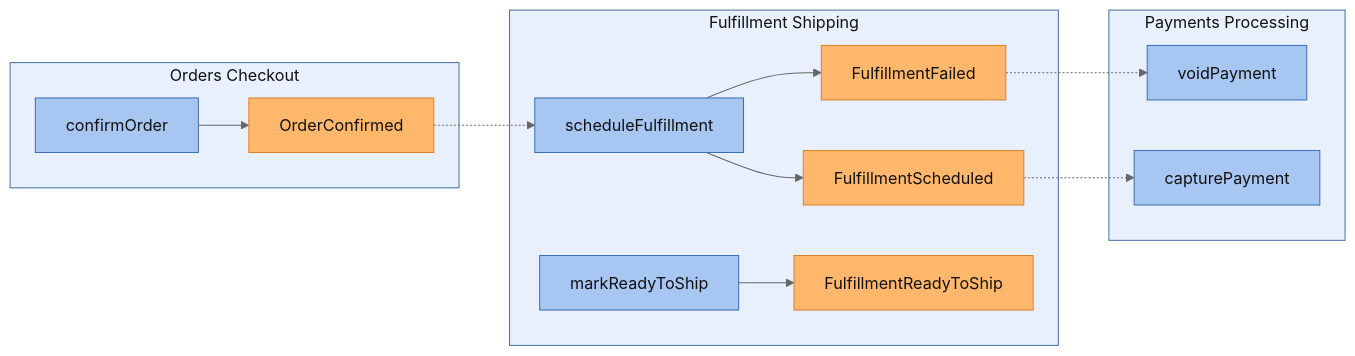
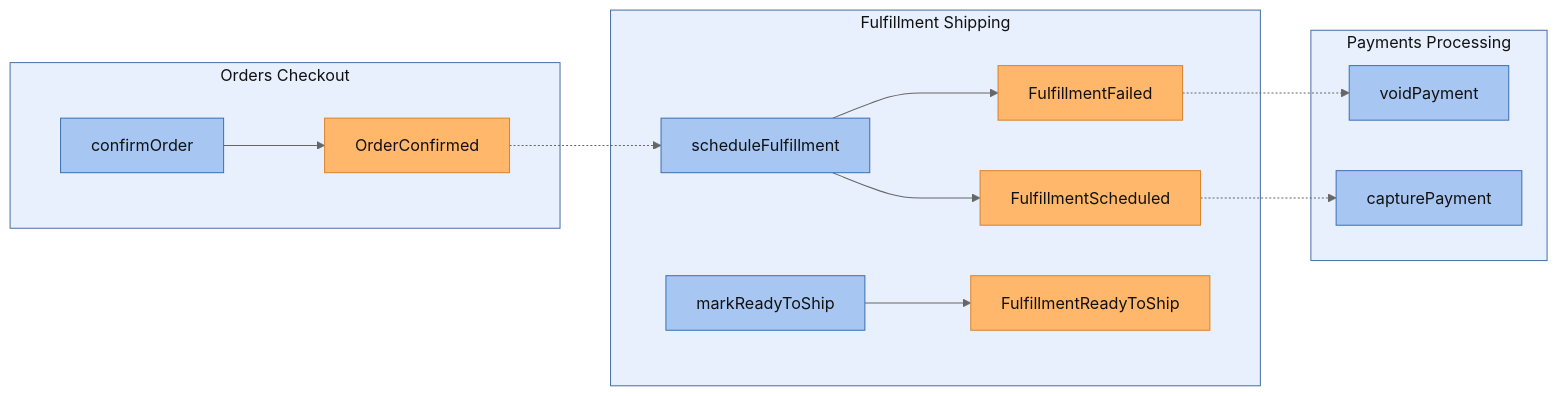
One commit to ZenWave360/dsl-kotlin changed the first of 4 diagrams in dsl-docs/src/commonTest/resources/snapshots/arcadia-modulith/modules/fulfillment-shipping.md. Above: the diagram before and after it, drawn with Mermaid (neutral theme). The commit also changed other lines of this file and 21 other files, not shown here.

Commit message:
feat(views): event class diagrams, light class diagram styling, command adapters

````diff
--- a/dsl-docs/src/commonTest/resources/snapshots/arcadia-modulith/modules/fulfillment-shipping.md
+++ b/dsl-docs/src/commonTest/resources/snapshots/arcadia-modulith/modules/fulfillment-shipping.md
@@ -16,36 +16,48 @@
 ```mermaid
 flowchart LR
   classDef module fill:#e8f0fe,stroke:#4a6fa5,color:#111
   classDef command fill:#a7c7f2,stroke:#3b6fb6,color:#111
   classDef event fill:#ffb76b,stroke:#d9822b,color:#111
 
   subgraph sg_FulfillmentShipping["Fulfillment Shipping"]
-    FulfillmentShipping__FulfillmentShippingService__scheduleFulfillment["scheduleFulfillment"]
-    FulfillmentShipping__FulfillmentShippingService__markReadyToShip["markReadyToShip"]
-    FulfillmentShipping__FulfillmentFailed["FulfillmentFailed"]
-    FulfillmentShipping__FulfillmentReadyToShip["FulfillmentReadyToShip"]
-    FulfillmentShipping__FulfillmentScheduled["FulfillmentScheduled"]
+    subgraph sg_FulfillmentShipping_cmd[" "]
+      FulfillmentShipping__FulfillmentShippingService__scheduleFulfillment["scheduleFulfillment"]
+      FulfillmentShipping__FulfillmentShippingService__markReadyToShip["markReadyToShip"]
+    end
+    subgraph sg_FulfillmentShipping_evt[" "]
+      FulfillmentShipping__FulfillmentFailed["FulfillmentFailed"]
+      FulfillmentShipping__FulfillmentReadyToShip["FulfillmentReadyToShip"]
+      FulfillmentShipping__FulfillmentScheduled["FulfillmentScheduled"]
+    end
   end
 
   subgraph sg_OrdersCheckout["Orders Checkout"]
-    OrdersCheckout__OrdersCheckoutService__confirmOrder["confirmOrder"]
-    OrdersCheckout__OrderConfirmed["OrderConfirmed"]
+    subgraph sg_OrdersCheckout_cmd[" "]
+      OrdersCheckout__OrdersCheckoutService__confirmOrder["confirmOrder"]
+    end
+    subgraph sg_OrdersCheckout_evt[" "]
+      OrdersCheckout__OrderConfirmed["OrderConfirmed"]
+    end
   end
 
   subgraph sg_PaymentsProcessing["Payments Processing"]
     PaymentsProcessing__PaymentsProcessingService__capturePayment["capturePayment"]
     PaymentsProcessing__PaymentsProcessingService__voidPayment["voidPayment"]
   end
 
   class sg_FulfillmentShipping,sg_OrdersCheckout,sg_PaymentsProcessing module
   class FulfillmentShipping__FulfillmentShippingService__markReadyToShip,FulfillmentShipping__FulfillmentShippingService__scheduleFulfillment,OrdersCheckout__OrdersCheckoutService__confirmOrder,PaymentsProcessing__PaymentsProcessingService__capturePayment,PaymentsProcessing__PaymentsProcessingService__voidPayment command
   class FulfillmentShipping__FulfillmentFailed,FulfillmentShipping__FulfillmentReadyToShip,FulfillmentShipping__FulfillmentScheduled,OrdersCheckout__OrderConfirmed event
+  style sg_FulfillmentShipping_cmd fill:none,stroke:none
+  style sg_FulfillmentShipping_evt fill:none,stroke:none
+  style sg_OrdersCheckout_cmd fill:none,stroke:none
+  style sg_OrdersCheckout_evt fill:none,stroke:none
 
   FulfillmentShipping__FulfillmentShippingService__markReadyToShip --> FulfillmentShipping__FulfillmentReadyToShip
   FulfillmentShipping__FulfillmentShippingService__scheduleFulfillment --> FulfillmentShipping__FulfillmentFailed
   FulfillmentShipping__FulfillmentShippingService__scheduleFulfillment --> FulfillmentShipping__FulfillmentScheduled
   OrdersCheckout__OrdersCheckoutService__confirmOrder --> OrdersCheckout__OrderConfirmed
   FulfillmentShipping__FulfillmentFailed -.-> PaymentsProcessing__PaymentsProcessingService__voidPayment
   FulfillmentShipping__FulfillmentScheduled -.-> PaymentsProcessing__PaymentsProcessingService__capturePayment
   OrdersCheckout__OrderConfirmed -.-> FulfillmentShipping__FulfillmentShippingService__scheduleFulfillment
 ```
````
